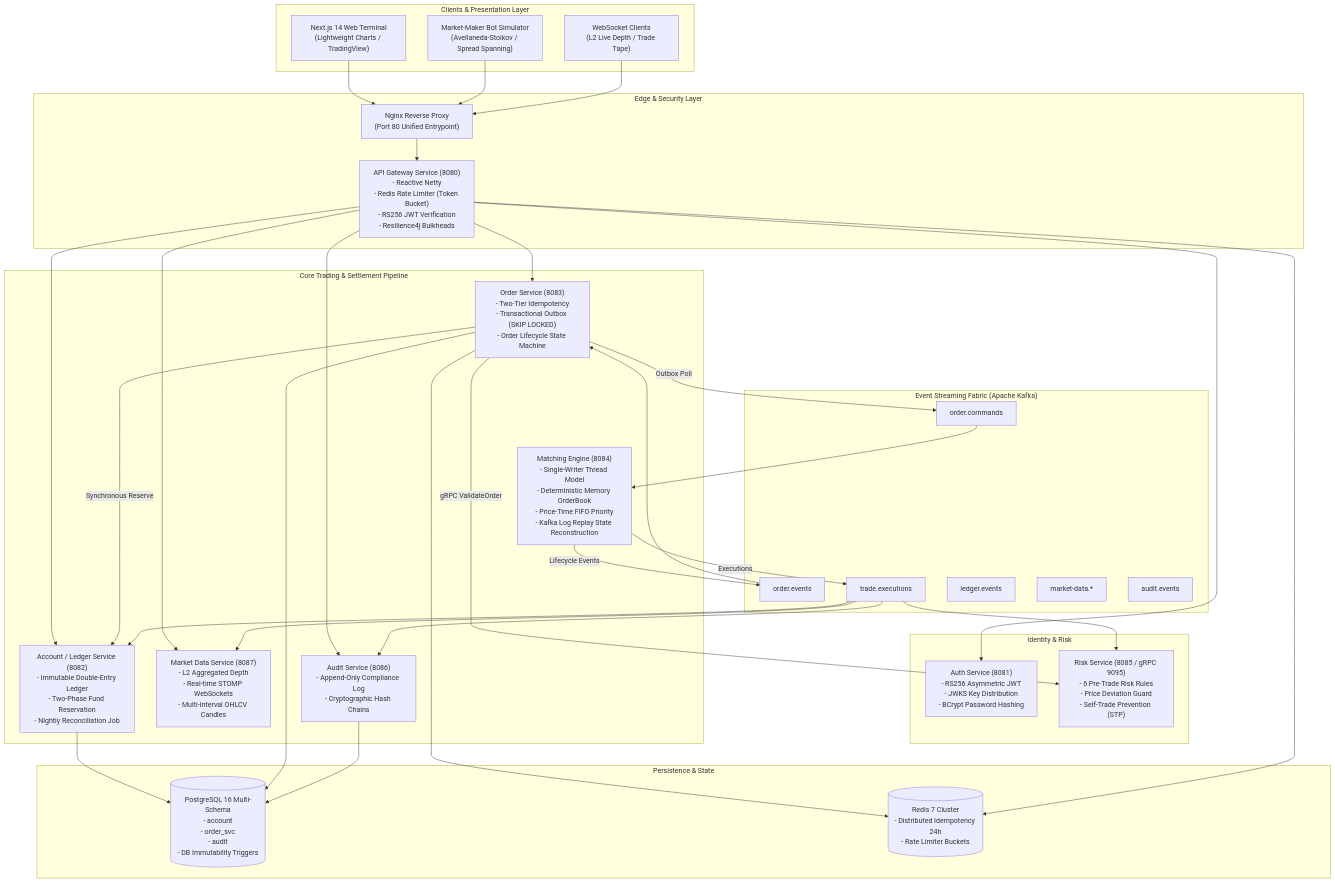
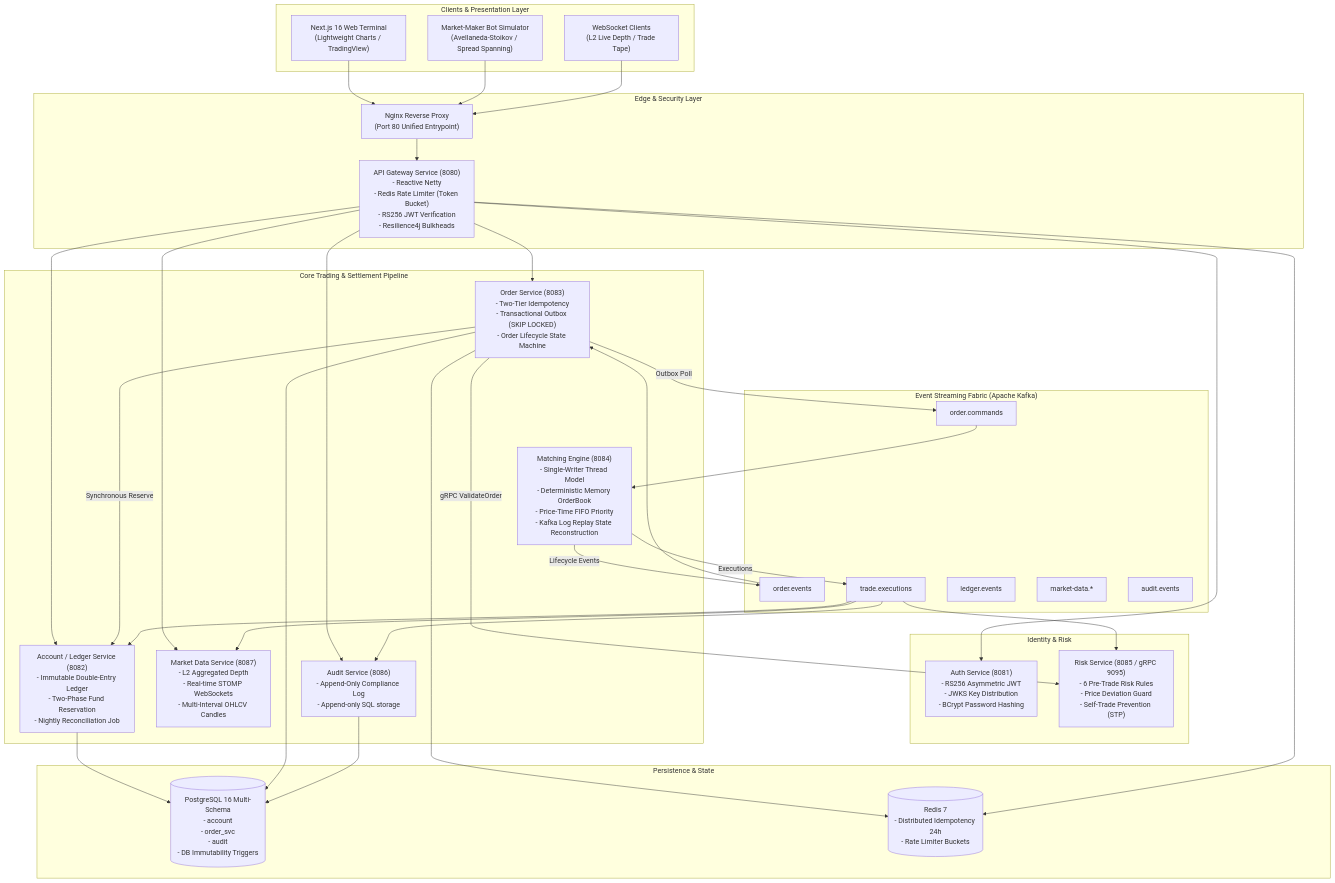
Before and after one commit to Kartik-MRK/Distributed-Electronic-Trading-Exchange: the diagram in README.md, drawn with Mermaid. The commit also changed other lines of this file and 52 other files, not shown here.

````diff
--- a/README.md
+++ b/README.md
@@ -33,68 +34,68 @@
 ```mermaid
 flowchart TB
     subgraph Clients["Clients & Presentation Layer"]
-        UI["Next.js 14 Web Terminal<br/>(Lightweight Charts / TradingView)"]
+        UI["Next.js 16 Web Terminal<br/>(Lightweight Charts / TradingView)"]
         BOT["Market-Maker Bot Simulator<br/>(Avellaneda-Stoikov / Spread Spanning)"]
         WS_CLIENT["WebSocket Clients<br/>(L2 Live Depth / Trade Tape)"]
     end
 
     subgraph Edge["Edge & Security Layer"]
         NGINX["Nginx Reverse Proxy<br/>(Port 80 Unified Entrypoint)"]
         GW["API Gateway Service (8080)<br/>- Reactive Netty<br/>- Redis Rate Limiter (Token Bucket)<br/>- RS256 JWT Verification<br/>- Resilience4j Bulkheads"]
     end
 
     subgraph AuthLayer["Identity & Risk"]
         AUTH["Auth Service (8081)<br/>- RS256 Asymmetric JWT<br/>- JWKS Key Distribution<br/>- BCrypt Password Hashing"]
         RISK["Risk Service (8085 / gRPC 9095)<br/>- 6 Pre-Trade Risk Rules<br/>- Price Deviation Guard<br/>- Self-Trade Prevention (STP)"]
     end
 
     subgraph CoreTrading["Core Trading & Settlement Pipeline"]
         ORD["Order Service (8083)<br/>- Two-Tier Idempotency<br/>- Transactional Outbox (SKIP LOCKED)<br/>- Order Lifecycle State Machine"]
         ME["Matching Engine (8084)<br/>- Single-Writer Thread Model<br/>- Deterministic Memory OrderBook<br/>- Price-Time FIFO Priority<br/>- Kafka Log Replay State Reconstruction"]
         ACC["Account / Ledger Service (8082)<br/>- Immutable Double-Entry Ledger<br/>- Two-Phase Fund Reservation<br/>- Nightly Reconciliation Job"]
         MD["Market Data Service (8087)<br/>- L2 Aggregated Depth<br/>- Real-time STOMP WebSockets<br/>- Multi-Interval OHLCV Candles"]
-        AUDIT["Audit Service (8086)<br/>- Append-Only Compliance Log<br/>- Cryptographic Hash Chains"]
+        AUDIT["Audit Service (8086)<br/>- Append-Only Compliance Log<br/>- Append-only SQL storage"]
     end
 
     subgraph EventStreaming["Event Streaming Fabric (Apache Kafka)"]
         T_CMD["order.commands"]
         T_EVT["order.events"]
         T_TRD["trade.executions"]
         T_LED["ledger.events"]
         T_MD["market-data.*"]
         T_AUD["audit.events"]
     end
 
     subgraph DataStorage["Persistence & State"]
         PG[(PostgreSQL 16 Multi-Schema<br/>- account<br/>- order_svc<br/>- audit<br/>- DB Immutability Triggers)]
-        REDIS[(Redis 7 Cluster<br/>- Distributed Idempotency 24h<br/>- Rate Limiter Buckets)]
+        REDIS[(Redis 7<br/>- Distributed Idempotency 24h<br/>- Rate Limiter Buckets)]
     end
 
     UI --> NGINX
     BOT --> NGINX
     WS_CLIENT --> NGINX
     NGINX --> GW
     GW --> AUTH
     GW --> ORD
     GW --> ACC
     GW --> MD
     GW --> AUDIT
 
     ORD -->|gRPC ValidateOrder| RISK
     ORD -->|Synchronous Reserve| ACC
     ORD -->|Outbox Poll| T_CMD
     T_CMD --> ME
     ME -->|Executions| T_TRD
     ME -->|Lifecycle Events| T_EVT
     T_TRD --> ACC
     T_TRD --> MD
     T_TRD --> RISK
     T_TRD --> AUDIT
     T_EVT --> ORD
 
     ACC --> PG
     ORD --> PG
     ORD --> REDIS
     AUDIT --> PG
     GW --> REDIS
 ```
````
